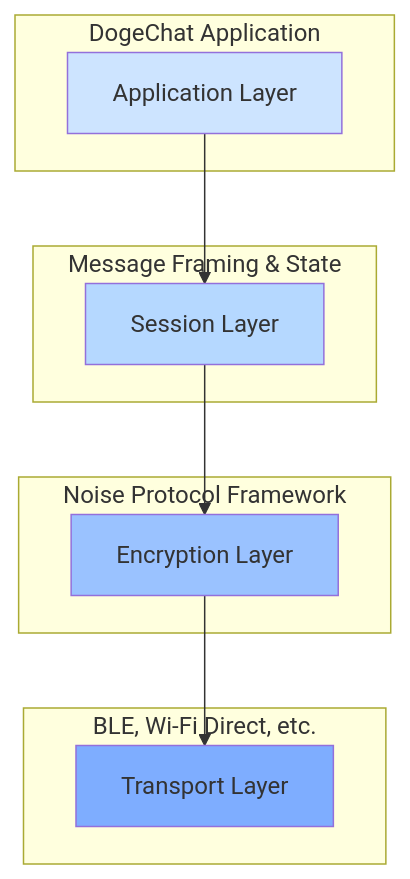
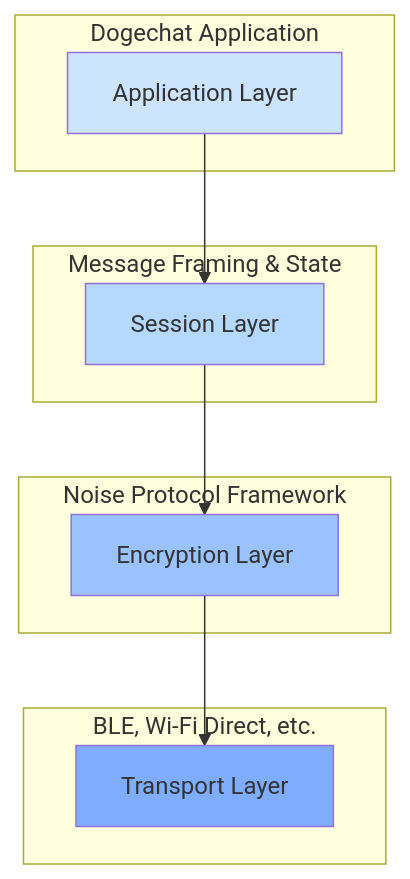
The first of 4 diagrams in WHITEPAPER.md (GreatApe42069/dogechat), drawn with Mermaid before and after one commit. The commit also changed other lines of this file and 27 other files, not shown here.

````diff
--- a/WHITEPAPER.md
+++ b/WHITEPAPER.md
@@ -36,27 +36,27 @@
 ```mermaid
 graph TD
     A[Application Layer] --> B[Session Layer];
     B --> C[Encryption Layer];
     C --> D[Transport Layer];
 
-    subgraph "DogeChat Application"
+    subgraph "Dogechat Application"
         A
     end
 
     subgraph "Message Framing & State"
         B
     end
 
     subgraph "Noise Protocol Framework"
         C
     end
 
     subgraph "BLE, Wi-Fi Direct, etc."
         D
     end
 
     style A fill:#cde4ff
     style B fill:#b5d8ff
     style C fill:#9ac2ff
     style D fill:#7eadff
 ```
````
